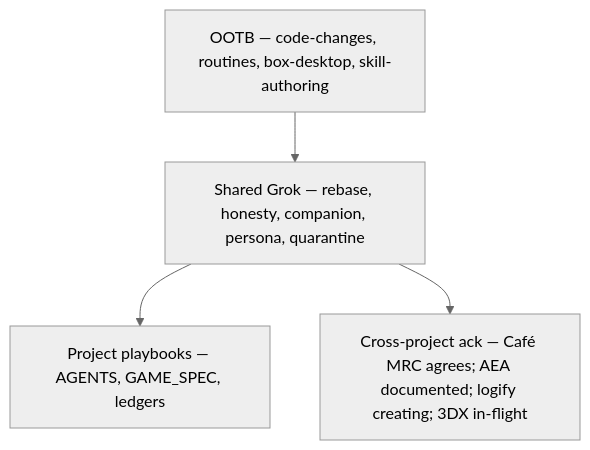
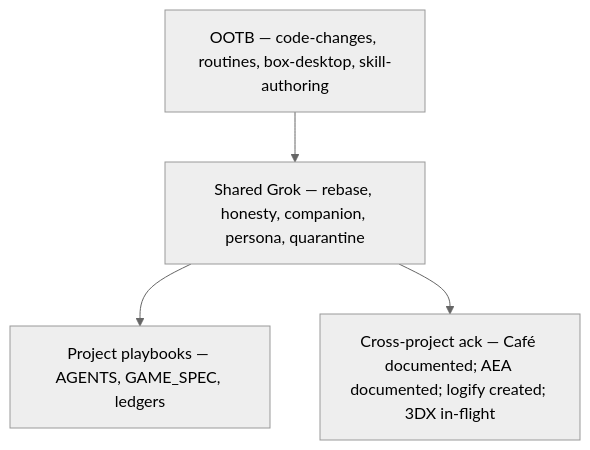
The diagram in docs/SKILL_MATRIX.md (artofdream/zorg-dungeon), drawn with Mermaid (neutral theme) before and after one commit. The commit also changed other lines of this file and 3 other files, not shown here.

````diff
--- a/docs/SKILL_MATRIX.md
+++ b/docs/SKILL_MATRIX.md
@@ -20,10 +20,10 @@
 ```mermaid
 flowchart TB
   ootb["OOTB — code-changes, routines, box-desktop, skill-authoring"]
   shared["Shared Grok — rebase, honesty, companion, persona, quarantine"]
   playbooks["Project playbooks — AGENTS, GAME_SPEC, ledgers"]
-  fit["Cross-project ack — Café MRC agrees; AEA documented; logify creating; 3DX in-flight"]
+  fit["Cross-project ack — Café documented; AEA documented; logify created; 3DX in-flight"]
   ootb --> shared
   shared --> playbooks
   shared --> fit
 ```
````
